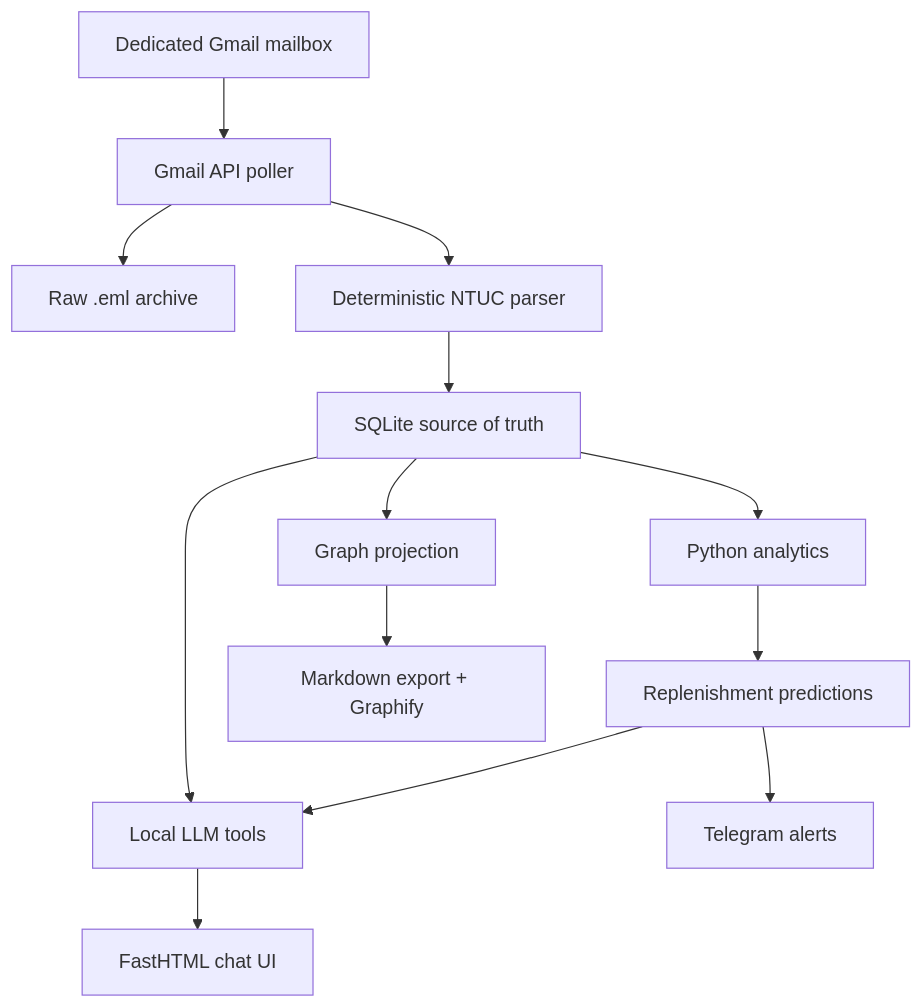
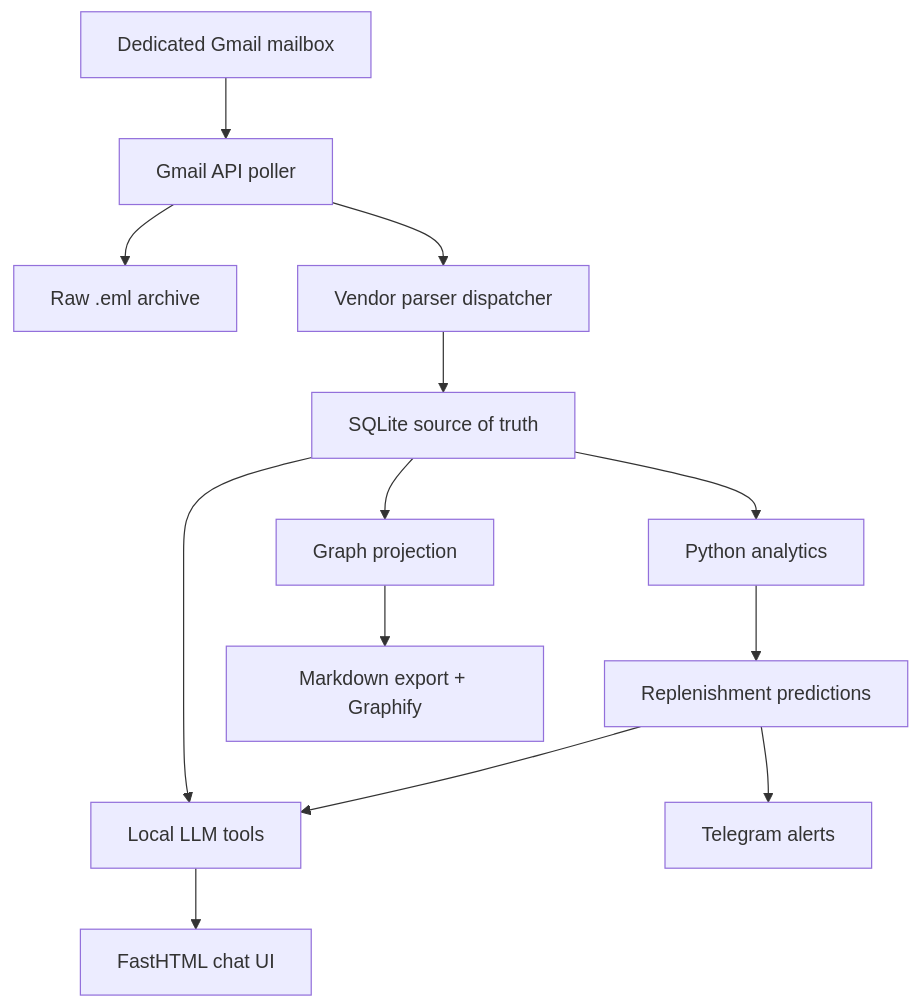
Before and after one commit to jichong-tay/jdsg-knowledge-graph-shopping: the diagram in docs/MVP_PLAN.md, drawn with Mermaid. The commit also changed other lines of this file and 51 other files, not shown here.

````diff
--- a/docs/MVP_PLAN.md
+++ b/docs/MVP_PLAN.md
@@ -14,15 +16,15 @@
 ```mermaid
 flowchart TB
     A["Dedicated Gmail mailbox"] --> B["Gmail API poller"]
     B --> C["Raw .eml archive"]
-    B --> D["Deterministic NTUC parser"]
+    B --> D["Vendor parser dispatcher"]
     D --> E["SQLite source of truth"]
     E --> F["Python analytics"]
     E --> G["Graph projection"]
     F --> H["Replenishment predictions"]
     G --> I["Markdown export + Graphify"]
     E --> J["Local LLM tools"]
     H --> J
     J --> K["FastHTML chat UI"]
     H --> L["Telegram alerts"]
 ```
````
